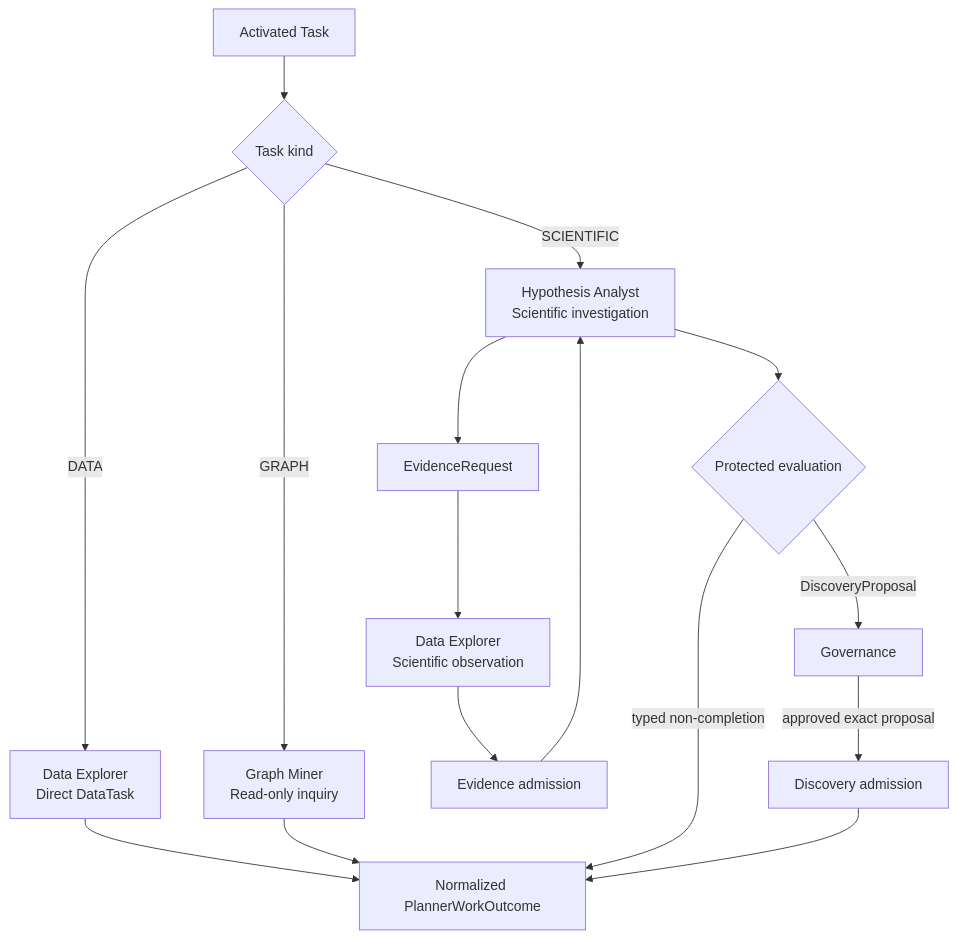
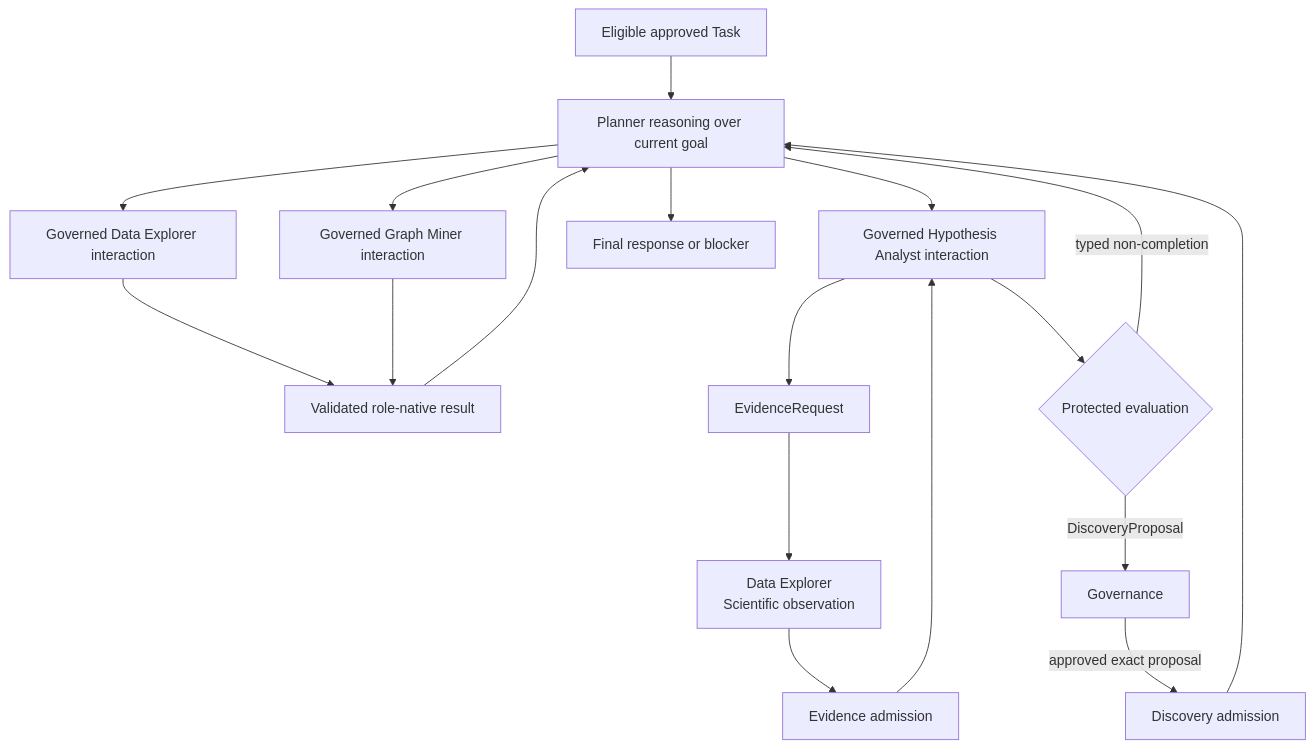
One commit to 24127027/CogniEDA changed the diagram in docs/architecture/end-to-end-flow.md. Above: the diagram before and after it, drawn with Mermaid. The commit also changed other lines of this file and 12 other files, not shown here.

````diff
--- a/docs/architecture/end-to-end-flow.md
+++ b/docs/architecture/end-to-end-flow.md
@@ -85,18 +85,20 @@
 ```mermaid
 flowchart TD
-    A[Activated Task] --> K{Task kind}
-    K -->|DATA| D[Data Explorer<br/>Direct DataTask]
-    K -->|SCIENTIFIC| H[Hypothesis Analyst<br/>Scientific investigation]
-    K -->|GRAPH| G[Graph Miner<br/>Read-only inquiry]
-    D --> O[Normalized PlannerWorkOutcome]
-    G --> O
+    A[Eligible approved Task] --> P[Planner reasoning over current goal]
+    P --> D[Governed Data Explorer interaction]
+    P --> H[Governed Hypothesis Analyst interaction]
+    P --> G[Governed Graph Miner interaction]
+    D --> N[Validated role-native result]
+    G --> N
+    N --> P
     H --> ER[EvidenceRequest]
     ER --> D2[Data Explorer<br/>Scientific observation]
     D2 --> EA[Evidence admission]
     EA --> H
     H --> Q{Protected evaluation}
-    Q -->|typed non-completion| O
+    Q -->|typed non-completion| P
     Q -->|DiscoveryProposal| GV[Governance]
     GV -->|approved exact proposal| DA[Discovery admission]
-    DA --> O
+    DA --> P
+    P --> O[Final response or blocker]
 ```
````
